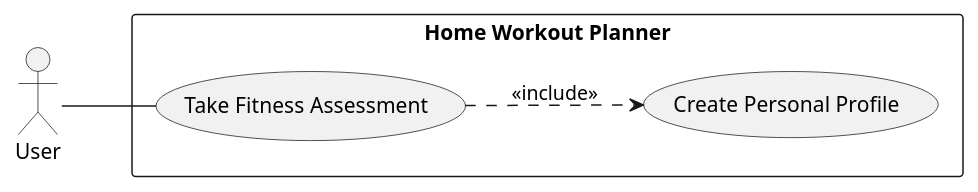
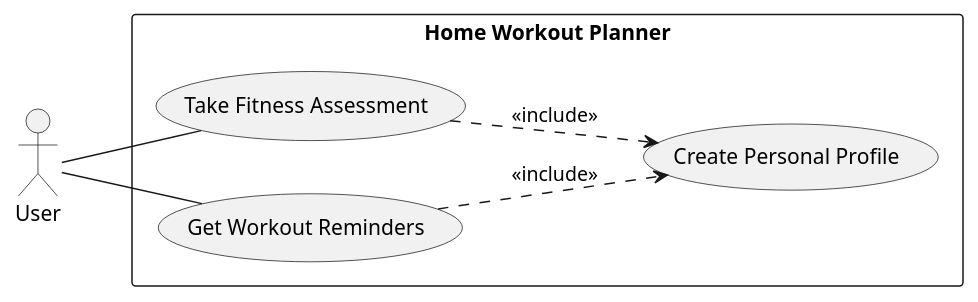
Before and after one commit to Suirita/4.launch-of-the-red-thread-project: the diagram in Use Case Diagram/inp/sprint_3.pu, drawn with PlantUML. The commit also changed 11 other files, not shown here.

```diff
--- a/Use Case Diagram/inp/sprint_3.pu
+++ b/Use Case Diagram/inp/sprint_3.pu
@@ -1,14 +1,17 @@
 @startuml home_workout_planner_S3
 left to right direction
 
 actor User as user
 
 rectangle "Home Workout Planner" {
 usecase "Create Personal Profile" as UC1
 usecase "Take Fitness Assessment" as UC2
+usecase "Get Workout Reminders" as UC3
 }
 
 user -- UC2
+user -- UC3
 UC2 ..> UC1:<<include>>
+UC3 ..> UC1:<<include>>
 
 @enduml
```
